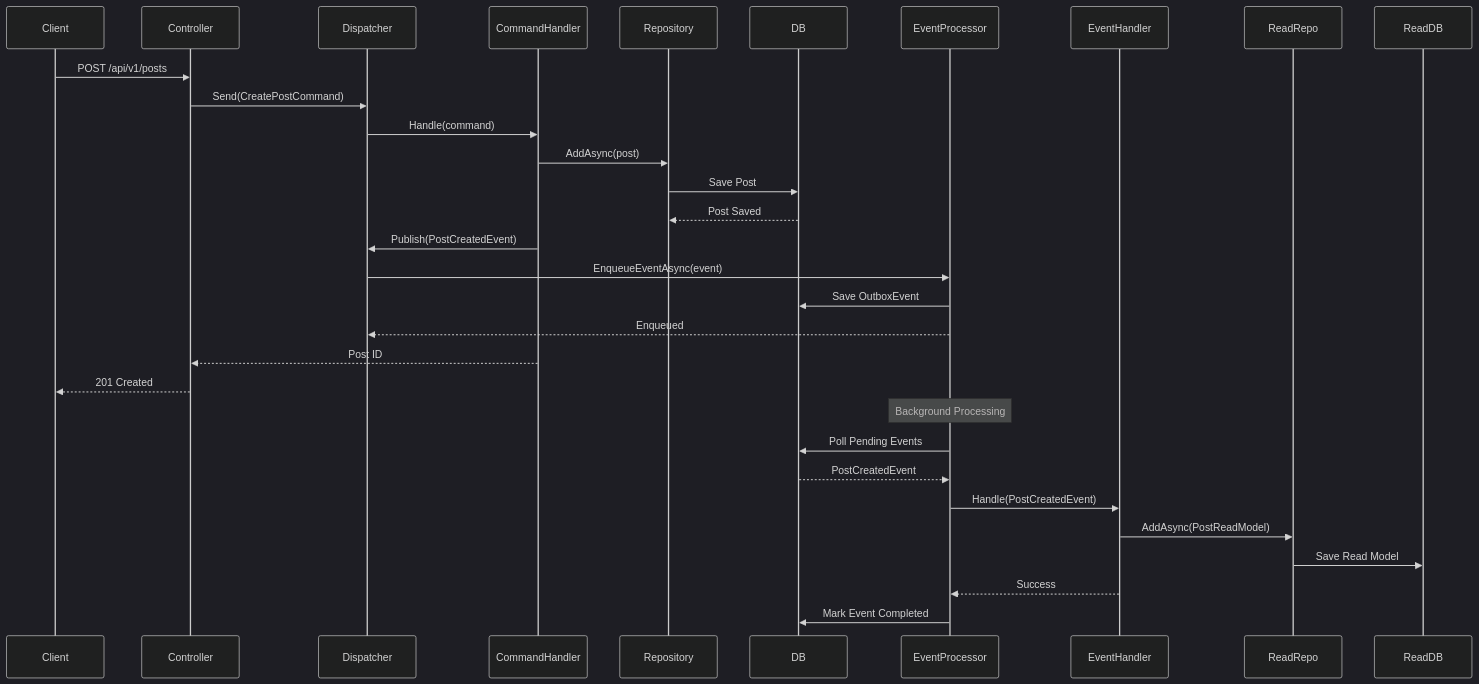
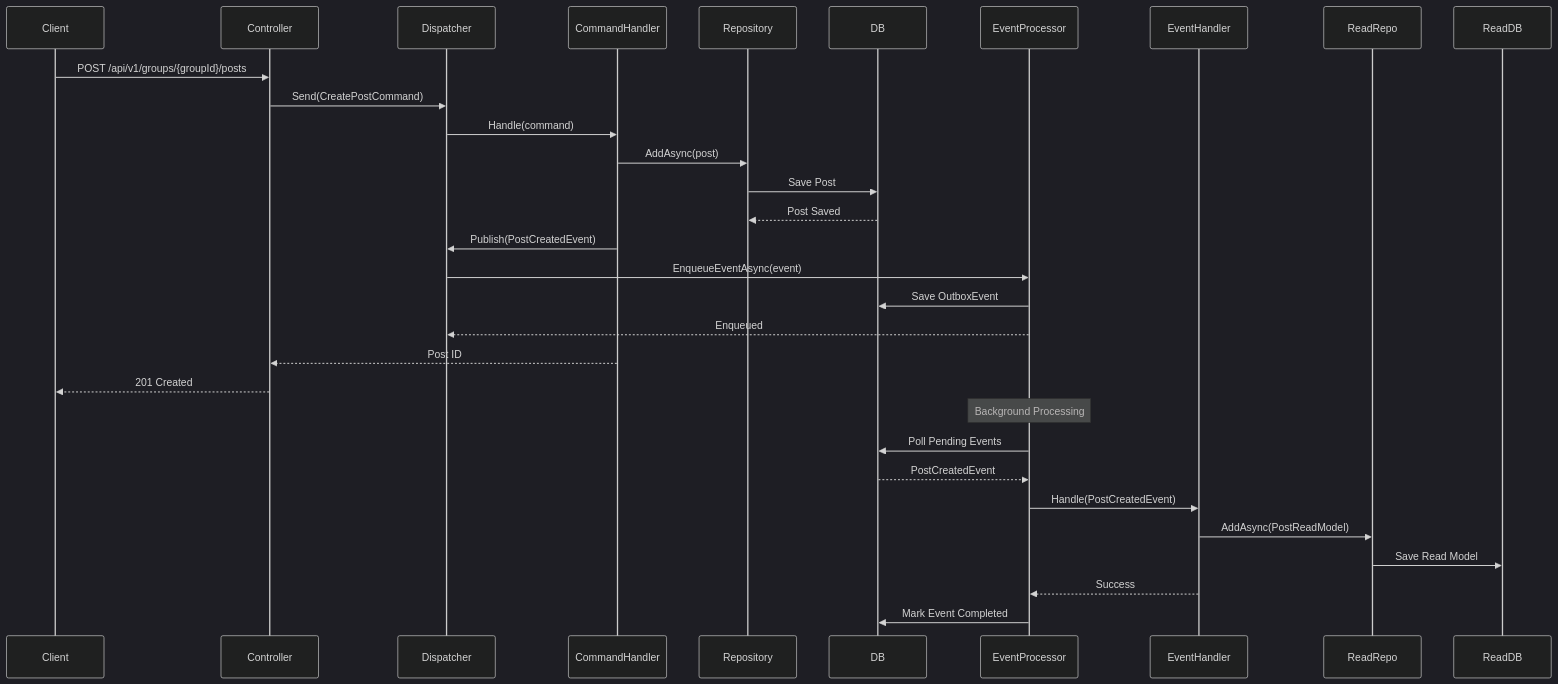
The third of 7 diagrams in docs/API.md (SitholeWB/social-media-api), drawn with Mermaid (dark theme) before and after one commit. The commit also changed other lines of this file and 3 other files, not shown here.

````diff
--- a/docs/API.md
+++ b/docs/API.md
@@ -78,37 +82,37 @@
 ```mermaid
 sequenceDiagram
     participant Client
     participant Controller
     participant Dispatcher
     participant CommandHandler
     participant Repository
     participant DB
     participant EventProcessor
     participant EventHandler
     participant ReadRepo
     participant ReadDB
 
-    Client->>Controller: POST /api/v1/posts
+    Client->>Controller: POST /api/v1/groups/{groupId}/posts
     Controller->>Dispatcher: Send(CreatePostCommand)
     Dispatcher->>CommandHandler: Handle(command)
     CommandHandler->>Repository: AddAsync(post)
     Repository->>DB: Save Post
     DB-->>Repository: Post Saved
     
     CommandHandler->>Dispatcher: Publish(PostCreatedEvent)
     Dispatcher->>EventProcessor: EnqueueEventAsync(event)
     EventProcessor->>DB: Save OutboxEvent
     EventProcessor-->>Dispatcher: Enqueued
     
     CommandHandler-->>Controller: Post ID
     Controller-->>Client: 201 Created
     
     Note over EventProcessor: Background Processing
     EventProcessor->>DB: Poll Pending Events
     DB-->>EventProcessor: PostCreatedEvent
     EventProcessor->>EventHandler: Handle(PostCreatedEvent)
     EventHandler->>ReadRepo: AddAsync(PostReadModel)
     ReadRepo->>ReadDB: Save Read Model
     EventHandler-->>EventProcessor: Success
     EventProcessor->>DB: Mark Event Completed
 ```
````
